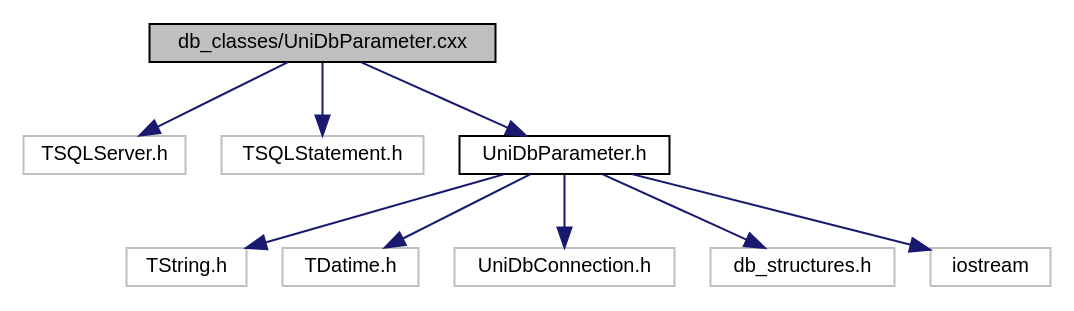
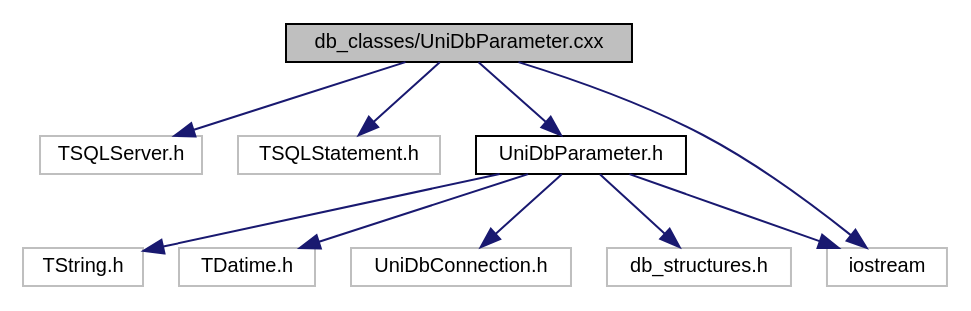
Before and after one commit to mam-mih-val/bmnroot: the diagram in uni_db/docs/ref_man/_uni_db_parameter_8cxx__incl.dot, drawn with Graphviz. The commit also changed 127 other files, not shown here.

```diff
--- a/uni_db/docs/ref_man/_uni_db_parameter_8cxx__incl.dot
+++ b/uni_db/docs/ref_man/_uni_db_parameter_8cxx__incl.dot
@@ -1,22 +1,23 @@
 digraph "db_classes/UniDbParameter.cxx"
 {
   edge [fontname="Helvetica",fontsize="10",labelfontname="Helvetica",labelfontsize="10"];
   node [fontname="Helvetica",fontsize="10",shape=record];
   Node1 [label="db_classes/UniDbParameter.cxx",height=0.2,width=0.4,color="black", fillcolor="grey75", style="filled", fontcolor="black"];
   Node1 -> Node2 [color="midnightblue",fontsize="10",style="solid",fontname="Helvetica"];
   Node2 [label="TSQLServer.h",height=0.2,width=0.4,color="grey75", fillcolor="white", style="filled"];
   Node1 -> Node3 [color="midnightblue",fontsize="10",style="solid",fontname="Helvetica"];
   Node3 [label="TSQLStatement.h",height=0.2,width=0.4,color="grey75", fillcolor="white", style="filled"];
   Node1 -> Node4 [color="midnightblue",fontsize="10",style="solid",fontname="Helvetica"];
   Node4 [label="UniDbParameter.h",height=0.2,width=0.4,color="black", fillcolor="white", style="filled",URL="$_uni_db_parameter_8h.html"];
   Node4 -> Node5 [color="midnightblue",fontsize="10",style="solid",fontname="Helvetica"];
   Node5 [label="TString.h",height=0.2,width=0.4,color="grey75", fillcolor="white", style="filled"];
   Node4 -> Node6 [color="midnightblue",fontsize="10",style="solid",fontname="Helvetica"];
   Node6 [label="TDatime.h",height=0.2,width=0.4,color="grey75", fillcolor="white", style="filled"];
   Node4 -> Node7 [color="midnightblue",fontsize="10",style="solid",fontname="Helvetica"];
   Node7 [label="UniDbConnection.h",height=0.2,width=0.4,color="grey75", fillcolor="white", style="filled"];
   Node4 -> Node8 [color="midnightblue",fontsize="10",style="solid",fontname="Helvetica"];
   Node8 [label="db_structures.h",height=0.2,width=0.4,color="grey75", fillcolor="white", style="filled"];
   Node4 -> Node9 [color="midnightblue",fontsize="10",style="solid",fontname="Helvetica"];
   Node9 [label="iostream",height=0.2,width=0.4,color="grey75", fillcolor="white", style="filled"];
+  Node1 -> Node9 [color="midnightblue",fontsize="10",style="solid",fontname="Helvetica"];
 }
```
